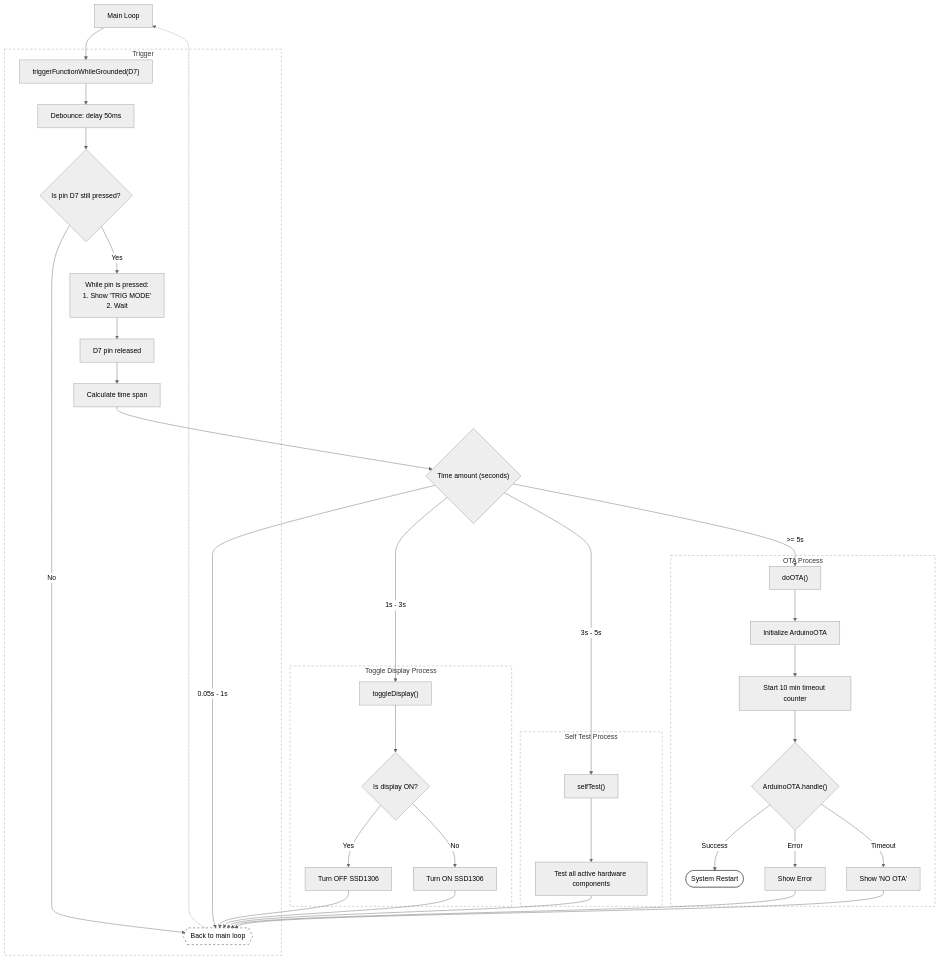
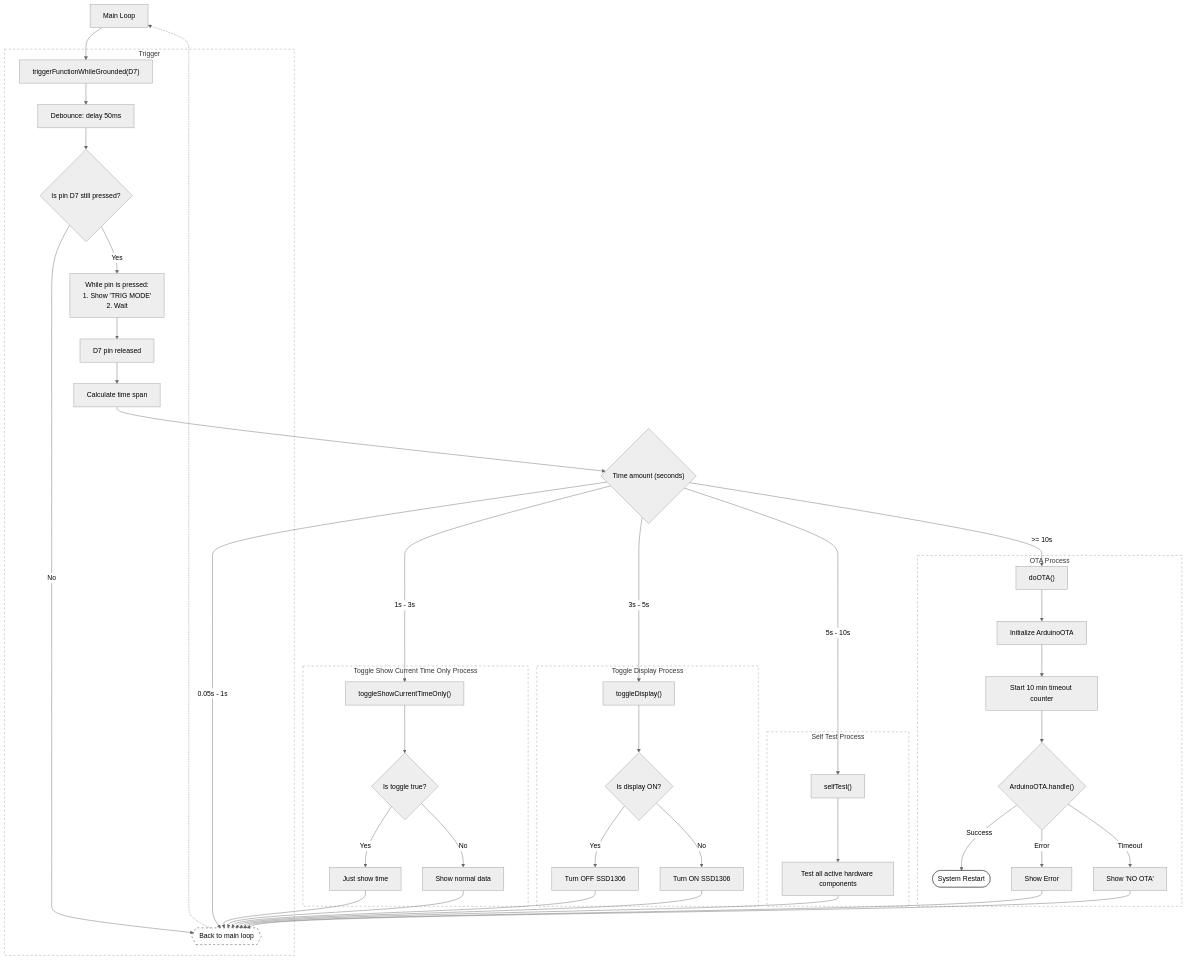
Before and after one commit to frnmst/esp8266-iot-gas-detector: the diagram in README.md, drawn with Mermaid (neutral theme). The commit also changed other lines of this file, not shown here.

Commit message:
Add trigger
- Add new pin trigger: `toggleShowCurrentTimeOnly()`

````diff
--- a/README.md
+++ b/README.md
@@ -40,64 +39,74 @@
 ```mermaid
 flowchart TD
     %% Main Entry
     MainLoop[Main Loop] --> TriggerFunc["triggerFunctionWhileGrounded(D7)"]
     
     %% Exit/Return Point (Logical link)
     EndLoop{{Back to main loop}} -.-> MainLoop
 
     subgraph TriggerFunction ["Trigger"]
         TriggerFunc --> Debounce[Debounce: delay 50ms]
         Debounce --> IsGrounded{Is pin D7 still pressed?}
         
         IsGrounded -- No --> EndLoop
         
         IsGrounded -- Yes --> WaitRelease["While pin is pressed:<br/>1. Show 'TRIG MODE'<br/>2. Wait"]
         WaitRelease --> Released[D7 pin released]
         Released --> Measure[Calculate time span]
     end
 
     %% Decision Tree
     Measure --> B7{"Time amount (seconds)"}
 
     %% 0. Not enough trigger time
     B7 -->|0.05s - 1s| EndLoop
 
-    %% 1. toggleDisplay
-    B7 -->|1s - 3s| C7["toggleDisplay()"]
+    %% 1. toggleShowCurrentTimeOnly
+    B7 -->|1s - 3s| Z7["toggleShowCurrentTimeOnly()"]
+    subgraph ToggleShowCurrentTimeOnlyLogic [Toggle Show Current Time Only Process]
+        Z7 --> Z7_Dec{Is toggle true?}
+        Z7_Dec -->|Yes| Z7_On[Just show time]
+        Z7_Dec -->|No| Z7_Off[Show normal data]
+        Z7_Off & Z7_On --> EndLoop
+    end
+
+    %% 2. toggleDisplay
+    B7 -->|3s - 5s| C7["toggleDisplay()"]
     subgraph ToggleDisplayLogic [Toggle Display Process]
         C7 --> C7_Dec{Is display ON?}
         C7_Dec -->|Yes| C7_Off[Turn OFF SSD1306]
         C7_Dec -->|No| C7_On[Turn ON SSD1306]
         C7_Off & C7_On --> EndLoop
     end
 
-    %% 2. selfTest
-    B7 -->|3s - 5s| D7_Fn["selfTest()"]
+    %% 3. selfTest
+    B7 -->|5s - 10s| D7_Fn["selfTest()"]
     subgraph SelfTestLogic [Self Test Process]
         D7_Fn --> D7_Run[Test all active hardware components]
         D7_Run --> EndLoop
     end
 
-    %% 3. doOTA
-    B7 -->|>= 5s| E7["doOTA()"]
+    %% 4. doOTA
+    B7 -->|>= 10s| E7["doOTA()"]
     subgraph OTALogic [OTA Process]
         E7 --> E7_Setup["Initialize ArduinoOTA"]
         E7_Setup --> E7_Wait["Start 10 min timeout counter"]
         E7_Wait --> E7_Loop{"ArduinoOTA.handle()"}
         
         E7_Loop -->|Success| E7_Restart([System Restart])
         
         E7_Loop -->|Error| E7_Err[Show Error]
         E7_Loop -->|Timeout| E7_Tout["Show 'NO OTA'"]
     end
     E7_Err & E7_Tout --> EndLoop
 
     %% Styling
     %% style MainLoop fill:none,stroke:#333,stroke-width:2px
     style EndLoop fill:none,stroke:#333,stroke-dasharray: 5 5
     style E7_Restart fill:none,stroke:#333
     style TriggerFunction fill:none,stroke:#999,stroke-dasharray: 5 5
+    style ToggleShowCurrentTimeOnlyLogic fill:none,stroke:#999,stroke-dasharray: 5 5
     style SelfTestLogic fill:none,stroke:#999,stroke-dasharray: 5 5
     style ToggleDisplayLogic fill:none,stroke:#999,stroke-dasharray: 5 5
     style OTALogic fill:none,stroke:#999,stroke-dasharray: 5 5
 ```
````
